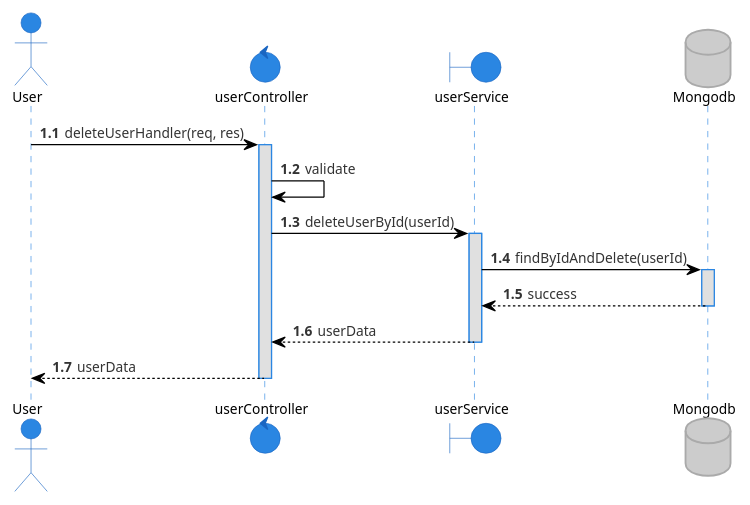
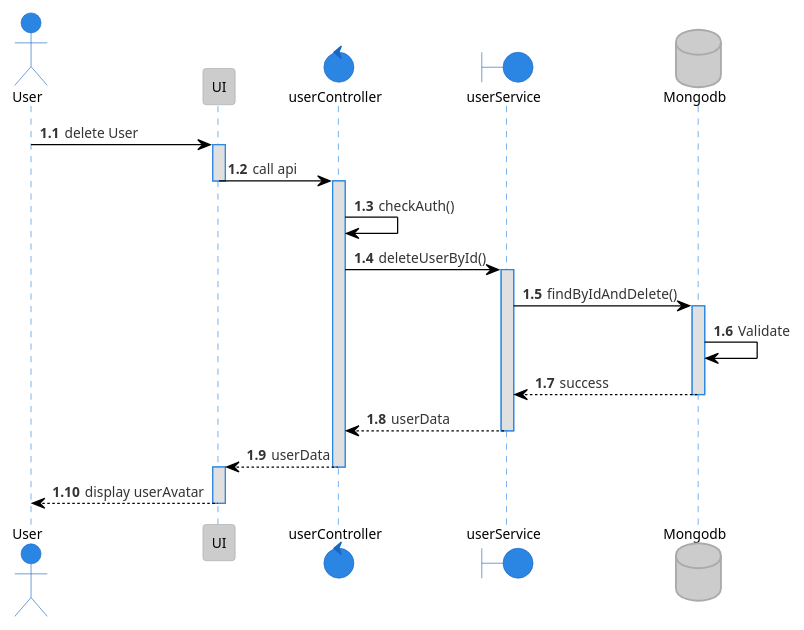
One commit to tuannm99/RMS changed the diagram in plantuml/sequence/user/deleteUser.puml. Above: the diagram before and after it, drawn with PlantUML. The commit also changed 9 other files, not shown here.

Commit message:
fix - sequence diagram job and user

```diff
--- a/plantuml/sequence/user/deleteUser.puml
+++ b/plantuml/sequence/user/deleteUser.puml
@@ -1,24 +1,32 @@
 @startuml updateUser
 !theme reddress-lightblue
 
 autonumber 1.1
 actor User
+participant UI
 control  userController
 boundary userService
 database Mongodb
 
-User -> userController: deleteUserHandler(req, res)
+User -> UI: delete User
+activate UI
+UI -> userController: call api
+deactivate UI
 activate userController
-userController -> userController: validate
-userController -> userService: deleteUserById(userId)
+userController -> userController: checkAuth()
+userController -> userService: deleteUserById()
 activate userService
-userService -> Mongodb: findByIdAndDelete(userId)
+userService -> Mongodb: findByIdAndDelete()
 activate Mongodb
+Mongodb -> Mongodb: Validate
 Mongodb --> userService: success
 deactivate Mongodb
 userService --> userController: userData
 deactivate userService
-userController --> User: userData
+userController --> UI: userData
 deactivate userController
+activate UI
+UI --> User: display userAvatar
+deactivate UI
 
 @enduml
```
